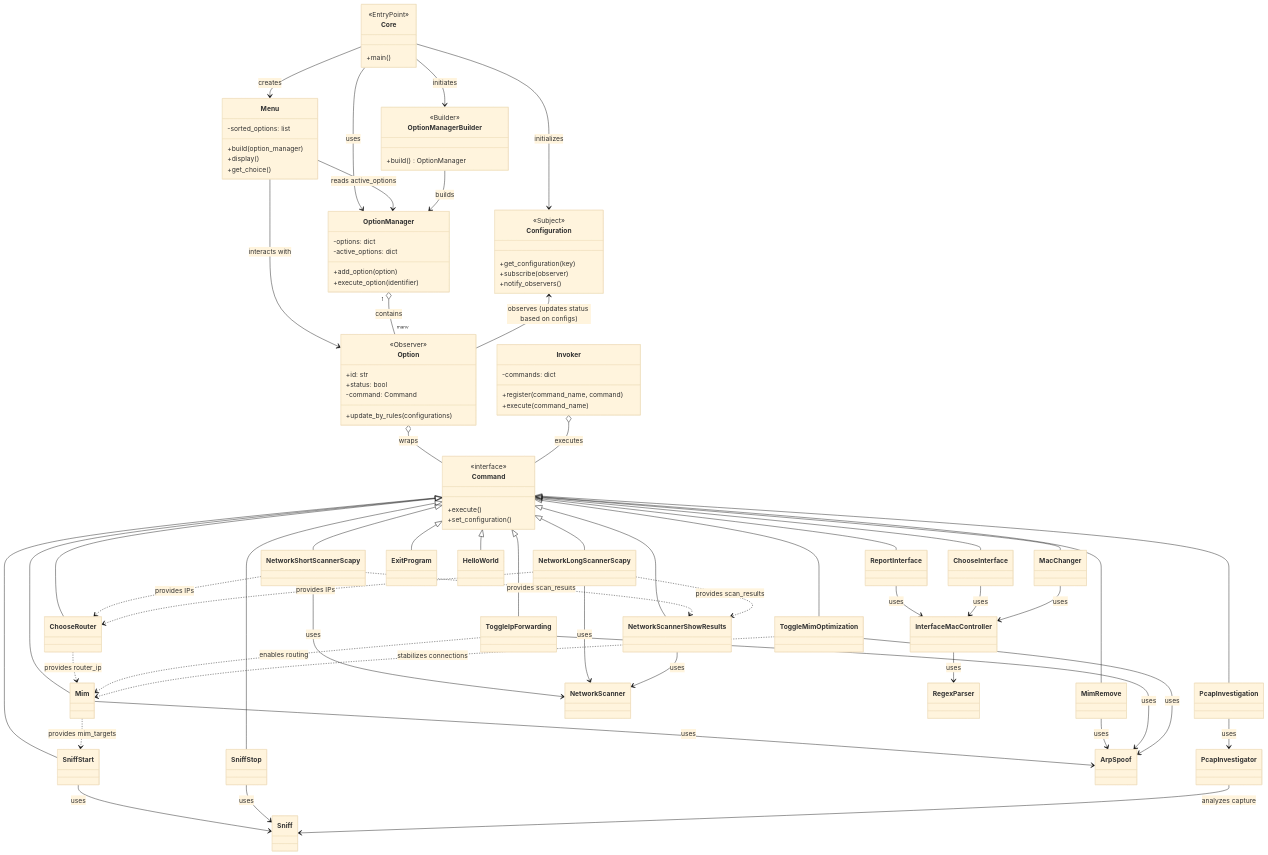
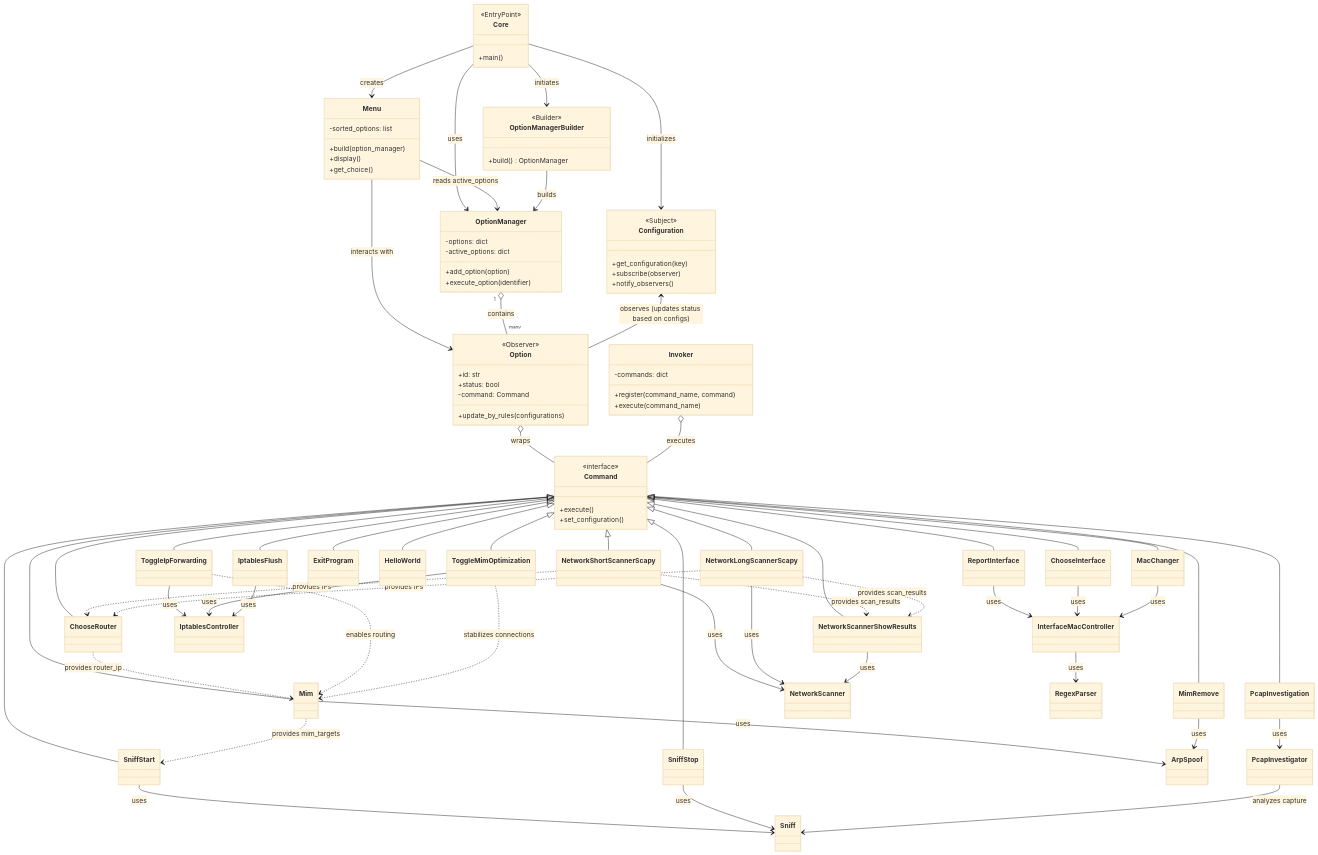
Before and after one commit to lpnf213/cybsec: the diagram in README.md, drawn with Mermaid (base theme). The commit also changed other lines of this file and 9 other files, not shown here.

```diff
--- a/README.md
+++ b/README.md
@@ -159,6 +159,7 @@
     Command <|-- ToggleIpForwarding
     Command <|-- PcapInvestigation
     Command <|-- ToggleMimOptimization
+    Command <|-- IptablesFlush
 
     %% State dependencies (represented as dashed arrows)
     NetworkShortScannerScapy ..> NetworkScannerShowResults : provides scan_results
@@ -179,6 +180,7 @@
     class Sniff
     class RegexParser
     class PcapInvestigator
+    class IptablesController
 
     NetworkShortScannerScapy --> NetworkScanner : uses
     NetworkLongScannerScapy --> NetworkScanner : uses
@@ -194,8 +196,9 @@
     SniffStart --> Sniff : uses
     SniffStop --> Sniff : uses
 
-    ToggleIpForwarding --> ArpSpoof : uses
-    ToggleMimOptimization --> ArpSpoof : uses
+    ToggleIpForwarding --> IptablesController : uses
+    ToggleMimOptimization --> IptablesController : uses
+    IptablesFlush --> IptablesController : uses
 
     PcapInvestigation --> PcapInvestigator : uses
     PcapInvestigator --> Sniff : analyzes capture
```
